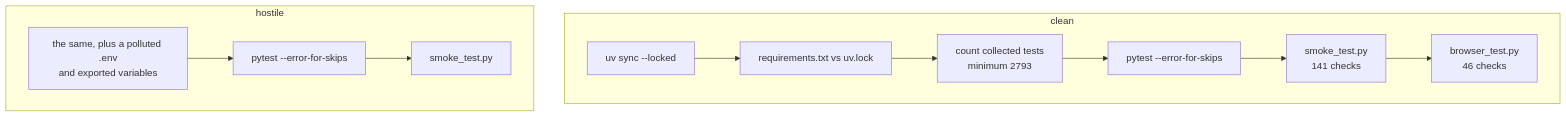
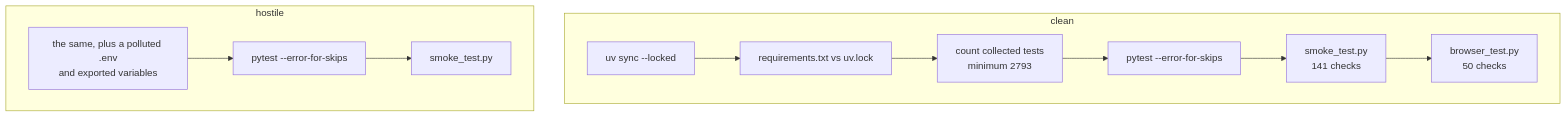
Before and after one commit to IAMN1/link-shortener: the diagram in docs/testing.md, drawn with Mermaid. The commit also changed other lines of this file and 18 other files, not shown here.

````diff
--- a/docs/testing.md
+++ b/docs/testing.md
@@ -399,12 +399,12 @@
 ```mermaid
 flowchart TD
     subgraph clean["clean"]
         C1[uv sync --locked] --> C2[requirements.txt vs uv.lock]
         C2 --> C3[count collected tests<br/>minimum 2793] --> C4[pytest --error-for-skips]
-        C4 --> C5[smoke_test.py<br/>141 checks] --> C6[browser_test.py<br/>46 checks]
+        C4 --> C5[smoke_test.py<br/>141 checks] --> C6[browser_test.py<br/>50 checks]
     end
     subgraph hostile["hostile"]
         H1[the same, plus a polluted .env<br/>and exported variables] --> H2[pytest --error-for-skips]
         H2 --> H3[smoke_test.py]
     end
 ```
````
